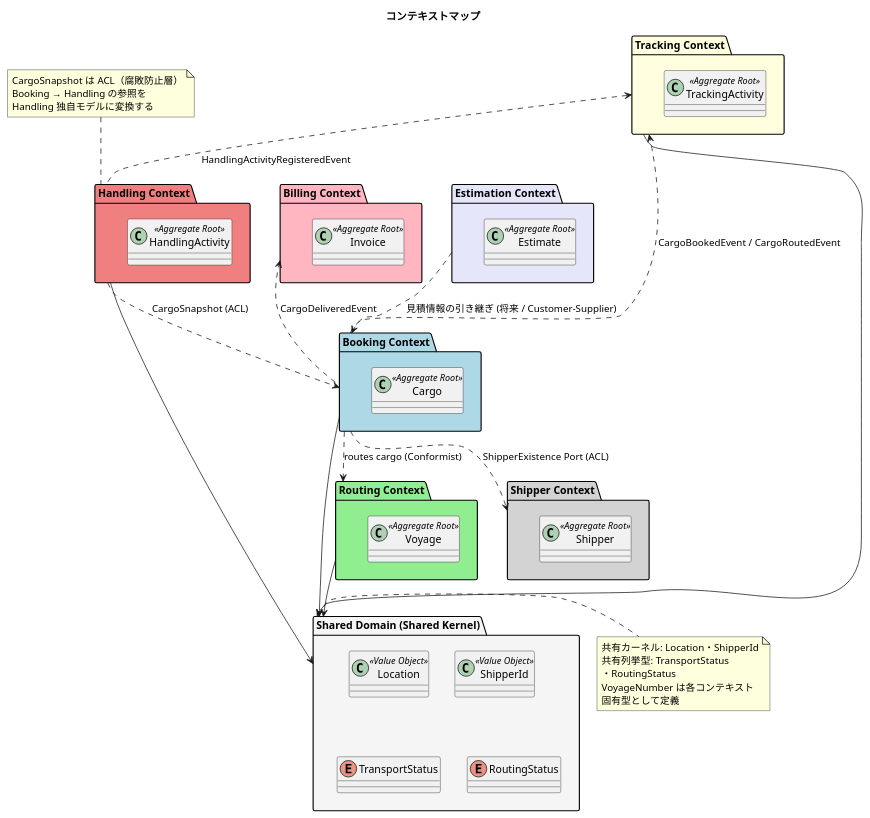
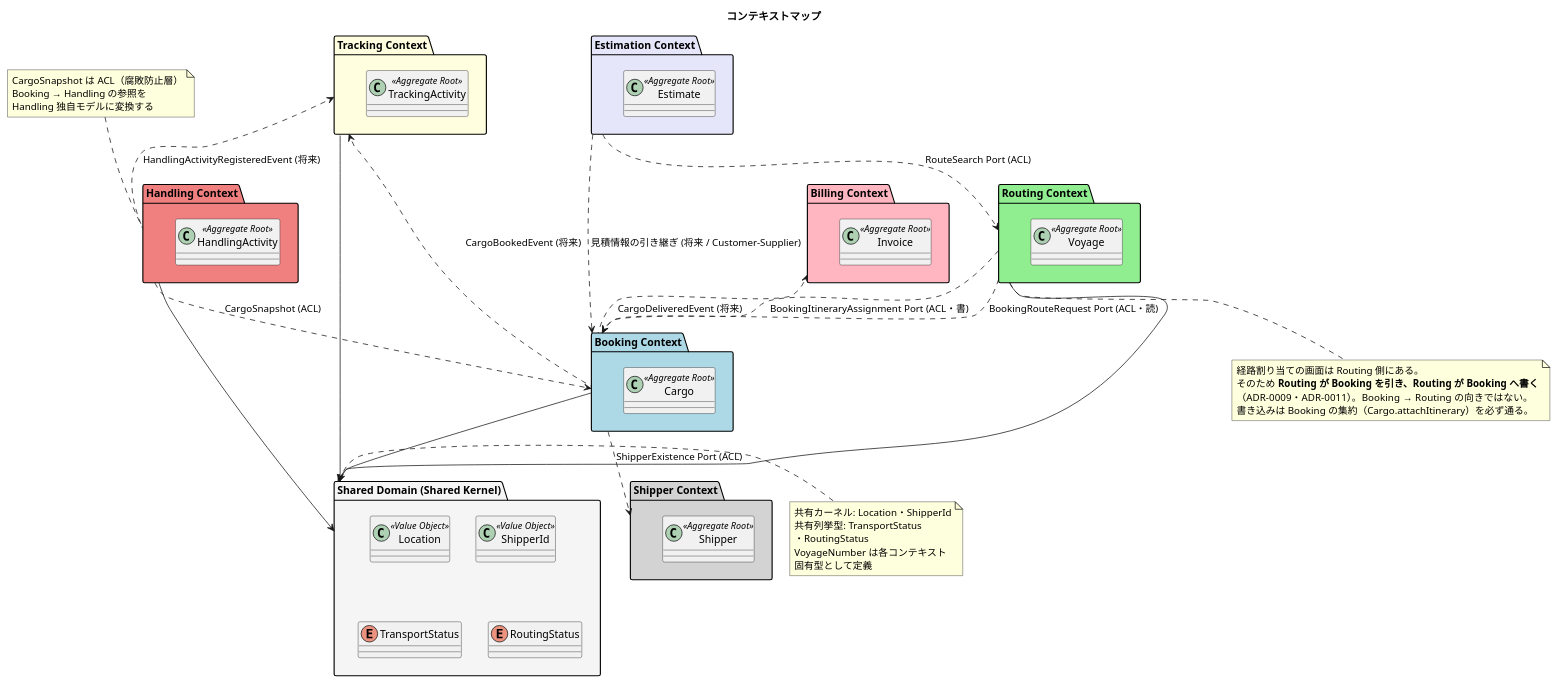
Before and after one commit to k2works/case-study-cargo-tracker: the second of 8 diagrams in docs/design/architecture_backend.md, drawn with PlantUML. The commit also changed other lines of this file and 24 other files, not shown here.

````diff
--- a/docs/design/architecture_backend.md
+++ b/docs/design/architecture_backend.md
@@ -144,61 +144,70 @@
 ```plantuml
 @startuml
 title コンテキストマップ
 
 package "Booking Context" as booking #LightBlue {
   class Cargo <<Aggregate Root>>
 }
 package "Shipper Context" as shipper #LightGray {
   class Shipper <<Aggregate Root>>
 }
 package "Estimation Context" as estimation #Lavender {
   class Estimate <<Aggregate Root>>
 }
 package "Routing Context" as routing #LightGreen {
   class Voyage <<Aggregate Root>>
 }
 package "Tracking Context" as tracking #LightYellow {
   class TrackingActivity <<Aggregate Root>>
 }
 package "Handling Context" as handling #LightCoral {
   class HandlingActivity <<Aggregate Root>>
 }
 package "Billing Context" as billing #LightPink {
   class Invoice <<Aggregate Root>>
 }
 package "Shared Domain (Shared Kernel)" as shared #WhiteSmoke {
   class Location <<Value Object>>
   class ShipperId <<Value Object>>
   enum TransportStatus
   enum RoutingStatus
 }
 
 booking --> shared
 routing --> shared
 tracking --> shared
 handling --> shared
 
 estimation ..> booking : 見積情報の引き継ぎ (将来 / Customer-Supplier)
-booking ..> routing : routes cargo (Conformist)
+estimation ..> routing : RouteSearch Port (ACL)
+routing ..> booking : BookingRouteRequest Port (ACL・読)
+routing ..> booking : BookingItineraryAssignment Port (ACL・書)
 booking ..> shipper : ShipperExistence Port (ACL)
 handling ..> booking : CargoSnapshot (ACL)
-tracking <.. booking : CargoBookedEvent / CargoRoutedEvent
-tracking <.. handling : HandlingActivityRegisteredEvent
-billing <.. booking : CargoDeliveredEvent
+tracking <.. booking : CargoBookedEvent (将来)
+tracking <.. handling : HandlingActivityRegisteredEvent (将来)
+billing <.. booking : CargoDeliveredEvent (将来)
+
+note bottom of routing
+  経路割り当ての画面は Routing 側にある。
+  そのため **Routing が Booking を引き、Routing が Booking へ書く**
+  （ADR-0009・ADR-0011）。Booking → Routing の向きではない。
+  書き込みは Booking の集約（Cargo.attachItinerary）を必ず通る。
+end note
 
 note top of handling
   CargoSnapshot は ACL（腐敗防止層）
   Booking → Handling の参照を
   Handling 独自モデルに変換する
 end note
 
 note right of shared
   共有カーネル: Location・ShipperId
   共有列挙型: TransportStatus
   ・RoutingStatus
   VoyageNumber は各コンテキスト
   固有型として定義
 end note
 
 @enduml
 ```
````
